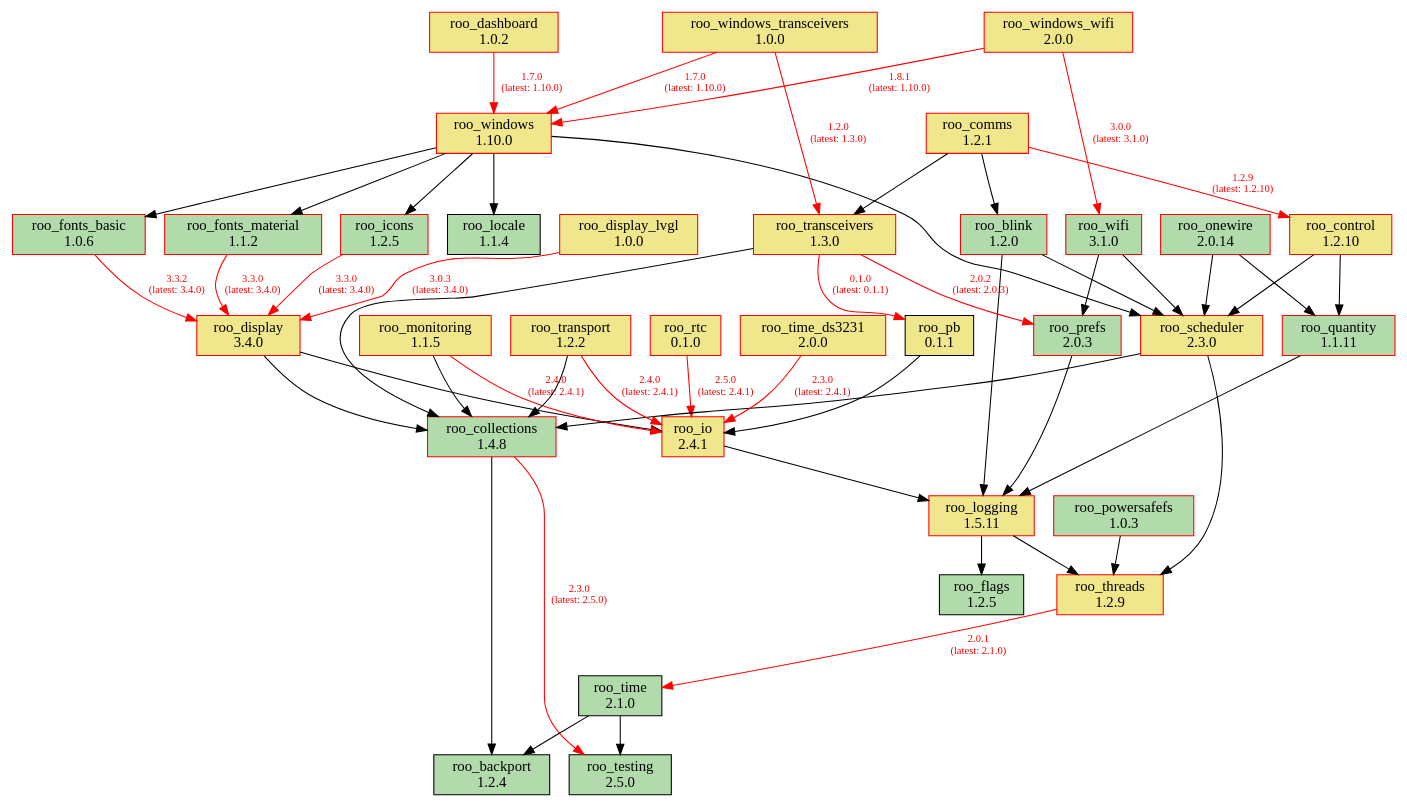
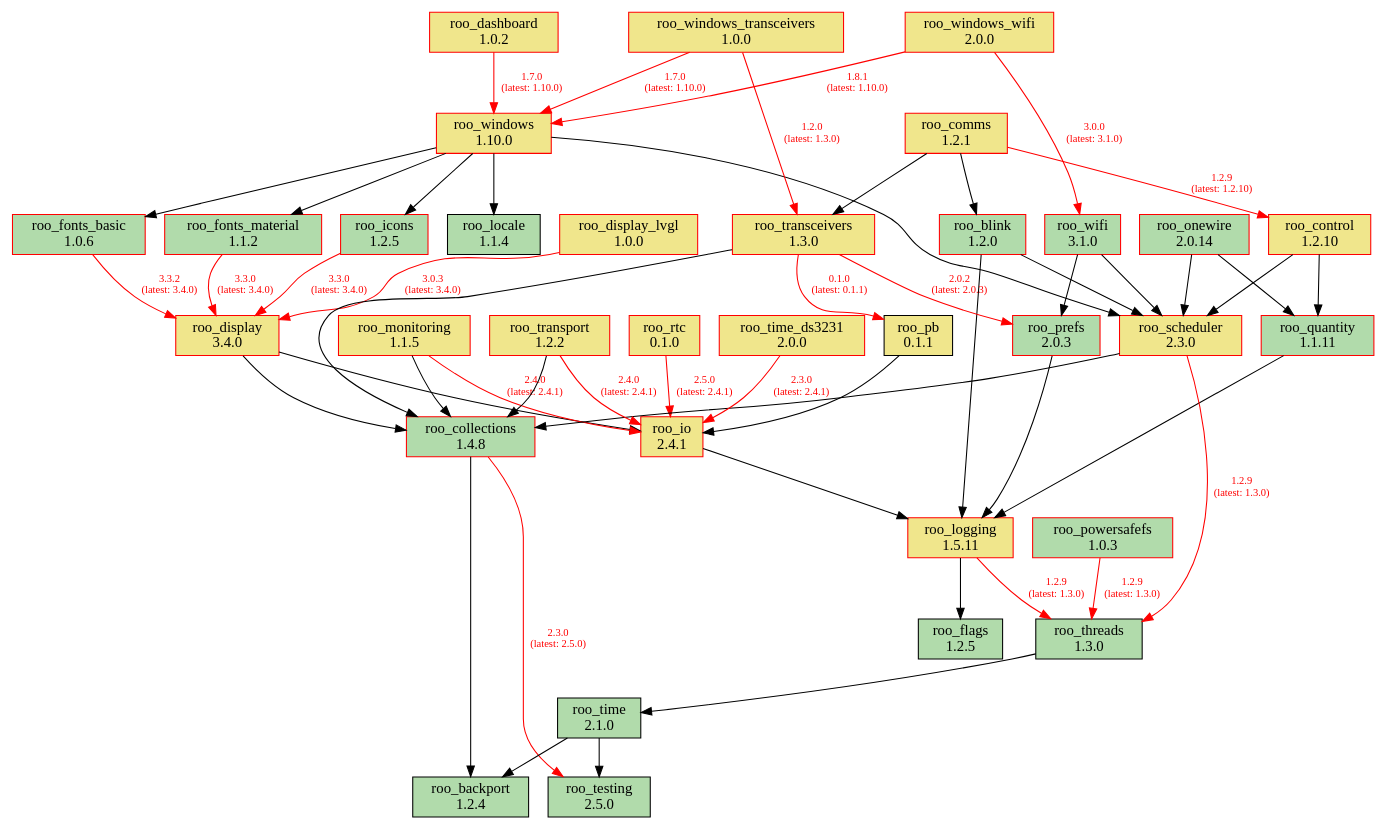
Before and after one commit to dejwk/roo-registry: the diagram in doc/dependencies.dot, drawn with Graphviz. The commit also changed 3 other files, not shown here.

Commit message:
Added roo_threads 1.3.0 to the registry.

```diff
--- a/doc/dependencies.dot
+++ b/doc/dependencies.dot
@@ -1,92 +1,92 @@
 digraph dependencies {
     rankdir=TB;
     node [shape=box, style=filled];
     edge [fontsize=10];
 
     // Modules
     "roo_backport" [label="roo_backport\n1.2.4", fillcolor="#b1dbab", color="black"];
     "roo_blink" [label="roo_blink\n1.2.0", fillcolor="#b1dbab", color="red"];
     "roo_collections" [label="roo_collections\n1.4.8", fillcolor="#b1dbab", color="red"];
     "roo_comms" [label="roo_comms\n1.2.1", fillcolor="khaki", color="red"];
     "roo_control" [label="roo_control\n1.2.10", fillcolor="khaki", color="red"];
     "roo_dashboard" [label="roo_dashboard\n1.0.2", fillcolor="khaki", color="red"];
     "roo_display" [label="roo_display\n3.4.0", fillcolor="khaki", color="red"];
     "roo_display_lvgl" [label="roo_display_lvgl\n1.0.0", fillcolor="khaki", color="red"];
     "roo_flags" [label="roo_flags\n1.2.5", fillcolor="#b1dbab", color="black"];
     "roo_fonts_basic" [label="roo_fonts_basic\n1.0.6", fillcolor="#b1dbab", color="red"];
     "roo_fonts_material" [label="roo_fonts_material\n1.1.2", fillcolor="#b1dbab", color="red"];
     "roo_icons" [label="roo_icons\n1.2.5", fillcolor="#b1dbab", color="red"];
     "roo_io" [label="roo_io\n2.4.1", fillcolor="khaki", color="red"];
     "roo_locale" [label="roo_locale\n1.1.4", fillcolor="#b1dbab", color="black"];
     "roo_logging" [label="roo_logging\n1.5.11", fillcolor="khaki", color="red"];
     "roo_monitoring" [label="roo_monitoring\n1.1.5", fillcolor="khaki", color="red"];
     "roo_onewire" [label="roo_onewire\n2.0.14", fillcolor="#b1dbab", color="red"];
     "roo_pb" [label="roo_pb\n0.1.1", fillcolor="khaki", color="black"];
     "roo_powersafefs" [label="roo_powersafefs\n1.0.3", fillcolor="#b1dbab", color="red"];
     "roo_prefs" [label="roo_prefs\n2.0.3", fillcolor="#b1dbab", color="red"];
     "roo_quantity" [label="roo_quantity\n1.1.11", fillcolor="#b1dbab", color="red"];
     "roo_rtc" [label="roo_rtc\n0.1.0", fillcolor="khaki", color="red"];
     "roo_scheduler" [label="roo_scheduler\n2.3.0", fillcolor="khaki", color="red"];
     "roo_testing" [label="roo_testing\n2.5.0", fillcolor="#b1dbab", color="black"];
-    "roo_threads" [label="roo_threads\n1.2.9", fillcolor="khaki", color="red"];
+    "roo_threads" [label="roo_threads\n1.3.0", fillcolor="#b1dbab", color="black"];
     "roo_time" [label="roo_time\n2.1.0", fillcolor="#b1dbab", color="black"];
     "roo_time_ds3231" [label="roo_time_ds3231\n2.0.0", fillcolor="khaki", color="red"];
     "roo_transceivers" [label="roo_transceivers\n1.3.0", fillcolor="khaki", color="red"];
     "roo_transport" [label="roo_transport\n1.2.2", fillcolor="khaki", color="red"];
     "roo_wifi" [label="roo_wifi\n3.1.0", fillcolor="#b1dbab", color="red"];
     "roo_windows" [label="roo_windows\n1.10.0", fillcolor="khaki", color="red"];
     "roo_windows_transceivers" [label="roo_windows_transceivers\n1.0.0", fillcolor="khaki", color="red"];
     "roo_windows_wifi" [label="roo_windows_wifi\n2.0.0", fillcolor="khaki", color="red"];
 
     // Dependencies
     "roo_blink" -> "roo_logging";
     "roo_blink" -> "roo_scheduler";
     "roo_collections" -> "roo_testing" [color=red, fontcolor=red, label="2.3.0\n(latest: 2.5.0)"];
     "roo_collections" -> "roo_backport";
     "roo_comms" -> "roo_blink";
     "roo_comms" -> "roo_control" [color=red, fontcolor=red, label="1.2.9\n(latest: 1.2.10)"];
     "roo_comms" -> "roo_transceivers";
     "roo_control" -> "roo_quantity";
     "roo_control" -> "roo_scheduler";
     "roo_dashboard" -> "roo_windows" [color=red, fontcolor=red, label="1.7.0\n(latest: 1.10.0)"];
     "roo_display" -> "roo_collections";
     "roo_display" -> "roo_io";
     "roo_display_lvgl" -> "roo_display" [color=red, fontcolor=red, label="3.0.3\n(latest: 3.4.0)"];
     "roo_fonts_basic" -> "roo_display" [color=red, fontcolor=red, label="3.3.2\n(latest: 3.4.0)"];
     "roo_fonts_material" -> "roo_display" [color=red, fontcolor=red, label="3.3.0\n(latest: 3.4.0)"];
     "roo_icons" -> "roo_display" [color=red, fontcolor=red, label="3.3.0\n(latest: 3.4.0)"];
     "roo_io" -> "roo_logging";
     "roo_logging" -> "roo_flags";
-    "roo_logging" -> "roo_threads";
+    "roo_logging" -> "roo_threads" [color=red, fontcolor=red, label="1.2.9\n(latest: 1.3.0)"];
     "roo_monitoring" -> "roo_collections";
     "roo_monitoring" -> "roo_io" [color=red, fontcolor=red, label="2.4.0\n(latest: 2.4.1)"];
     "roo_onewire" -> "roo_scheduler";
     "roo_onewire" -> "roo_quantity";
     "roo_pb" -> "roo_io";
-    "roo_powersafefs" -> "roo_threads";
+    "roo_powersafefs" -> "roo_threads" [color=red, fontcolor=red, label="1.2.9\n(latest: 1.3.0)"];
     "roo_prefs" -> "roo_logging";
     "roo_quantity" -> "roo_logging";
     "roo_rtc" -> "roo_io" [color=red, fontcolor=red, label="2.5.0\n(latest: 2.4.1)"];
     "roo_scheduler" -> "roo_collections";
-    "roo_scheduler" -> "roo_threads";
-    "roo_threads" -> "roo_time" [color=red, fontcolor=red, label="2.0.1\n(latest: 2.1.0)"];
+    "roo_scheduler" -> "roo_threads" [color=red, fontcolor=red, label="1.2.9\n(latest: 1.3.0)"];
+    "roo_threads" -> "roo_time";
     "roo_time" -> "roo_testing";
     "roo_time" -> "roo_backport";
     "roo_time_ds3231" -> "roo_io" [color=red, fontcolor=red, label="2.3.0\n(latest: 2.4.1)"];
     "roo_transceivers" -> "roo_pb" [color=red, fontcolor=red, label="0.1.0\n(latest: 0.1.1)"];
     "roo_transceivers" -> "roo_collections";
     "roo_transceivers" -> "roo_prefs" [color=red, fontcolor=red, label="2.0.2\n(latest: 2.0.3)"];
     "roo_transport" -> "roo_collections";
     "roo_transport" -> "roo_io" [color=red, fontcolor=red, label="2.4.0\n(latest: 2.4.1)"];
     "roo_wifi" -> "roo_prefs";
     "roo_wifi" -> "roo_scheduler";
     "roo_windows" -> "roo_fonts_basic";
     "roo_windows" -> "roo_fonts_material";
     "roo_windows" -> "roo_locale";
     "roo_windows" -> "roo_icons";
     "roo_windows" -> "roo_scheduler";
     "roo_windows_transceivers" -> "roo_transceivers" [color=red, fontcolor=red, label="1.2.0\n(latest: 1.3.0)"];
     "roo_windows_transceivers" -> "roo_windows" [color=red, fontcolor=red, label="1.7.0\n(latest: 1.10.0)"];
     "roo_windows_wifi" -> "roo_wifi" [color=red, fontcolor=red, label="3.0.0\n(latest: 3.1.0)"];
     "roo_windows_wifi" -> "roo_windows" [color=red, fontcolor=red, label="1.8.1\n(latest: 1.10.0)"];
 }
```
